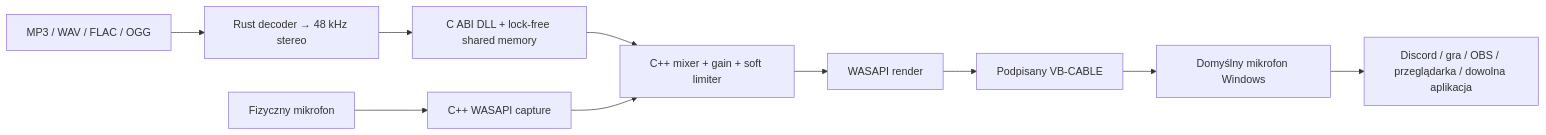
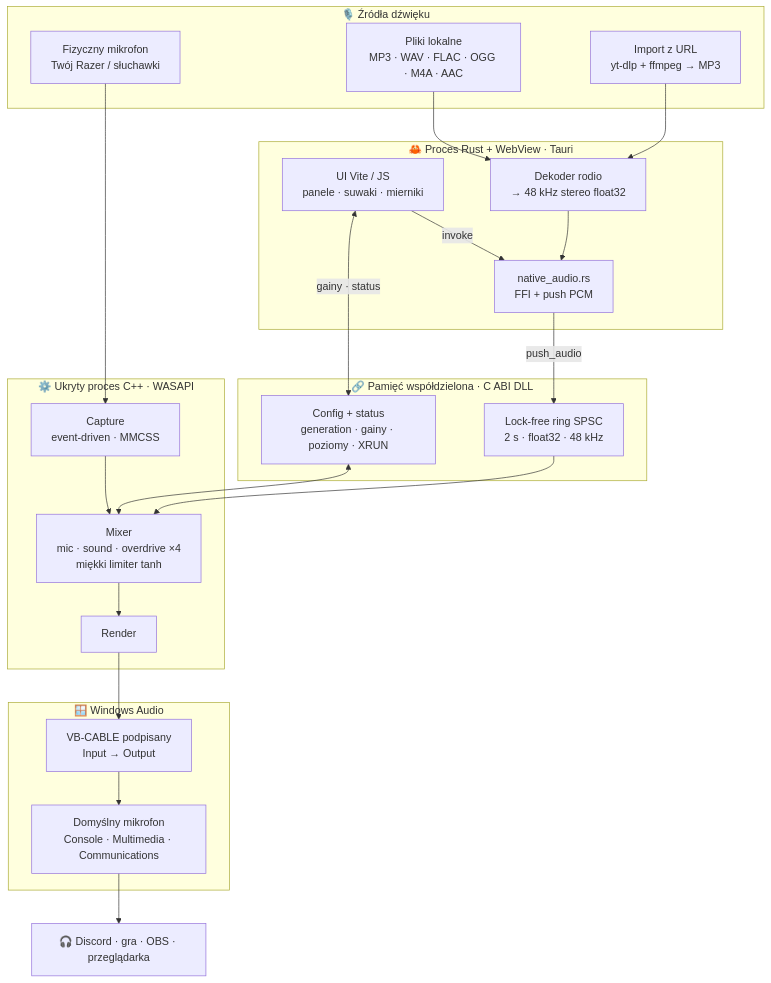
One commit to 3godzinyL/soundboard changed the diagram in README.md. Above: the diagram before and after it, drawn with Mermaid. The commit also changed other lines of this file and 1 other file, not shown here.

````diff
--- a/README.md
+++ b/README.md
@@ -163,12 +63,47 @@
 ```mermaid
-flowchart LR
-    Mic["Fizyczny mikrofon"] --> Capture["C++ WASAPI capture"]
-    Files["MP3 / WAV / FLAC / OGG"] --> Decode["Rust decoder → 48 kHz stereo"]
-    Decode --> IPC["C ABI DLL + lock-free shared memory"]
-    IPC --> Mixer["C++ mixer + gain + soft limiter"]
-    Capture --> Mixer
-    Mixer --> Render["WASAPI render"]
-    Render --> Driver["Podpisany VB-CABLE"]
-    Driver --> VirtualMic["Domyślny mikrofon Windows"]
-    VirtualMic --> Apps["Discord / gra / OBS / przeglądarka / dowolna aplikacja"]
+flowchart TB
+    subgraph SRC["🎙️ Źródła dźwięku"]
+        Mic["Fizyczny mikrofon<br/>Twój Razer / słuchawki"]
+        Files["Pliki lokalne<br/>MP3 · WAV · FLAC · OGG · M4A · AAC"]
+        URL["Import z URL<br/>yt-dlp + ffmpeg → MP3"]
+    end
+
+    subgraph RUST["🦀 Proces Rust + WebView · Tauri"]
+        UI["UI Vite / JS<br/>panele · suwaki · mierniki"]
+        Decode["Dekoder rodio<br/>→ 48 kHz stereo float32"]
+        FFI["native_audio.rs<br/>FFI + push PCM"]
+    end
+
+    subgraph SHM["🔗 Pamięć współdzielona · C ABI DLL"]
+        Ring["Lock-free ring SPSC<br/>2 s · float32 · 48 kHz"]
+        Cfg["Config + status<br/>generation · gainy · poziomy · XRUN"]
+    end
+
+    subgraph CPP["⚙️ Ukryty proces C++ · WASAPI"]
+        Cap["Capture<br/>event-driven · MMCSS"]
+        Mix["Mixer<br/>mic · sound · overdrive ×4<br/>miękki limiter tanh"]
+        Rend["Render"]
+    end
+
+    subgraph WIN["🪟 Windows Audio"]
+        Cable["VB-CABLE podpisany<br/>Input → Output"]
+        Default["Domyślny mikrofon<br/>Console · Multimedia · Communications"]
+    end
+
+    Apps["🎧 Discord · gra · OBS · przeglądarka"]
+
+    Mic --> Cap
+    Files --> Decode
+    URL --> Decode
+    UI -->|invoke| FFI
+    Decode --> FFI
+    FFI -->|push_audio| Ring
+    Ring --> Mix
+    Cap --> Mix
+    UI <-->|gainy · status| Cfg
+    Cfg <--> Mix
+    Mix --> Rend
+    Rend --> Cable
+    Cable --> Default
+    Default --> Apps
 ```
````
